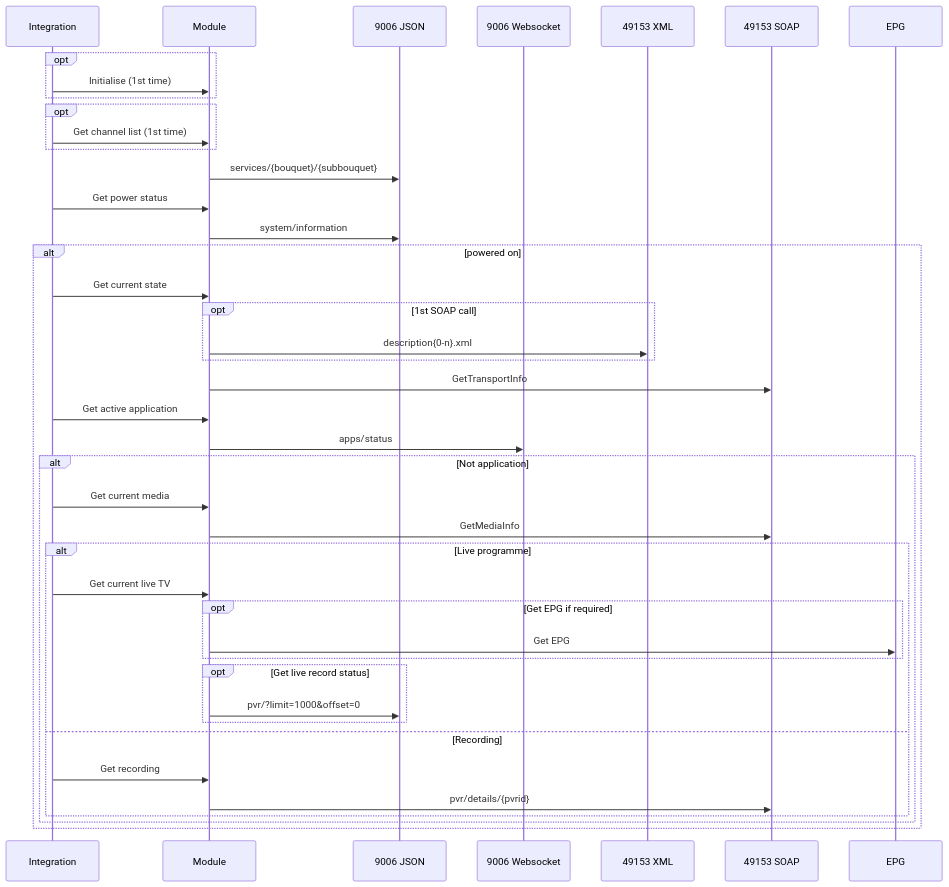
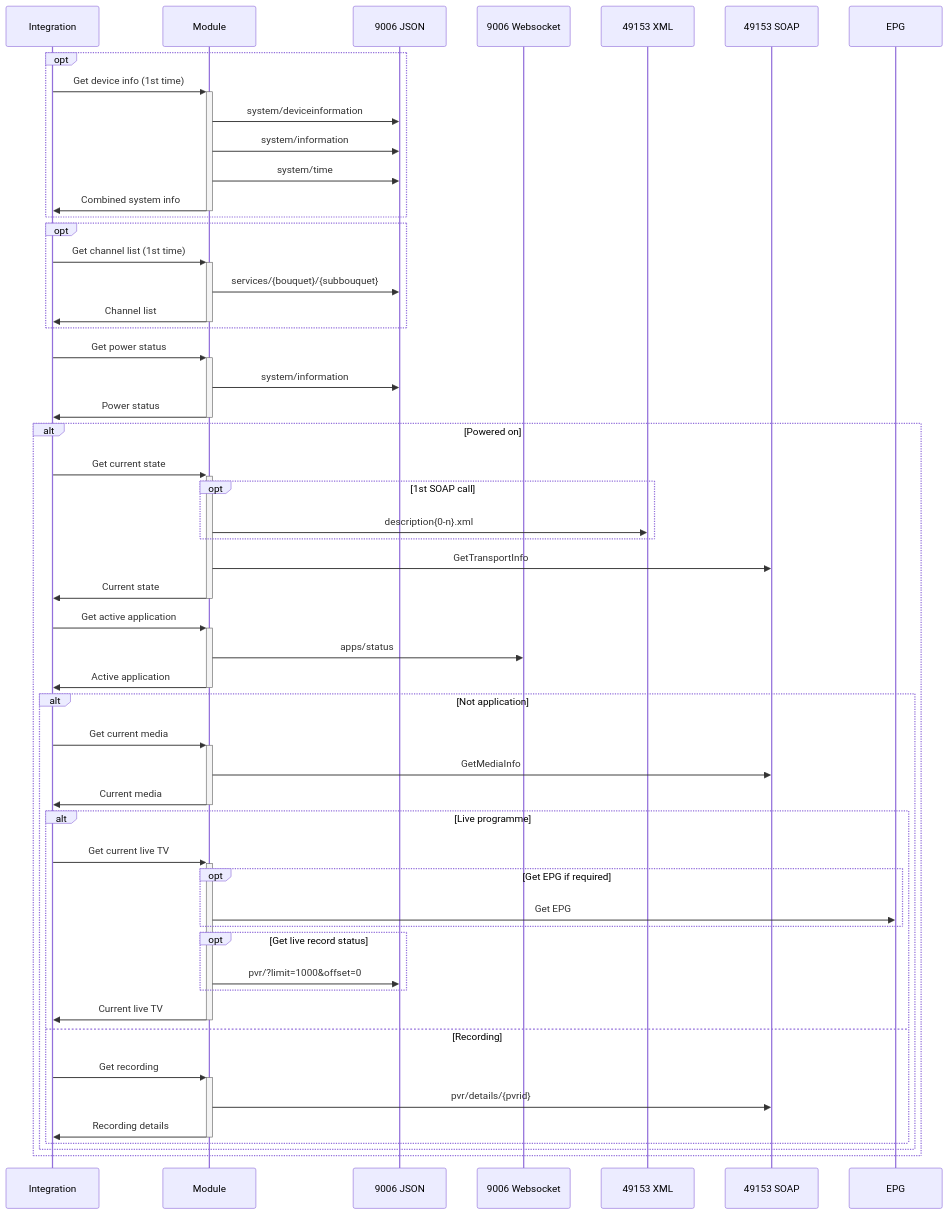
Before and after one commit to RogerSelwyn/Home_Assistant_SkyQ_MediaPlayer: the second of 2 diagrams in flowchart/README.md, drawn with Mermaid. The commit also changed other lines of this file, not shown here.

````diff
--- a/flowchart/README.md
+++ b/flowchart/README.md
@@ -19,45 +19,56 @@
 ```mermaid
 sequenceDiagram
 participant I as Integration
 participant M as Module
 participant J as 9006 JSON
 participant W as 9006 Websocket
 participant X as 49153 XML
 participant S as 49153 SOAP
 participant W as 9006 Websocket
 participant E as EPG
 opt
-  I->>M: Initialise (1st time)
+  I->>+M: Get device info (1st time)
+  M->>J: system/deviceinformation
+  M->>J: system/information
+  M->>J: system/time
+  M->>-I: Combined system info
 end
 opt
-  I->>M: Get channel list (1st time)
+  I->>+M: Get channel list (1st time)
+  M->>J: services/{bouquet}/{subbouquet}
+  M->>-I: Channel list
 end
-M->>J: services/{bouquet}/{subbouquet}
-I->>M: Get power status
+I->>+M: Get power status
 M->>J: system/information
-alt powered on
-  I->>M: Get current state
+M->>-I: Power status
+alt Powered on
+  I->>+M: Get current state
   opt 1st SOAP call
     M->>X: description{0-n}.xml
   end
   M->>S: GetTransportInfo
-  I->>M: Get active application
+  M->>-I: Current state
+  I->>+M: Get active application
   M->>W: apps/status
+  M->>-I: Active application
   alt Not application
-    I->>M: Get current media
+    I->>+M: Get current media
     M->>S: GetMediaInfo
+    M->>-I: Current media
     alt Live programme
-      I->>M: Get current live TV
+      I->>+M: Get current live TV
       opt Get EPG if required
         M->>E: Get EPG
       end
       opt Get live record status
         M->>J: pvr/?limit=1000&offset=0
       end
+      M->>-I: Current live TV
     else Recording
-      I->>M: Get recording
+      I->>+M: Get recording
       M->>S: pvr/details/{pvrid}
+      M->>-I: Recording details
     end
   end
 end
 ```
````
